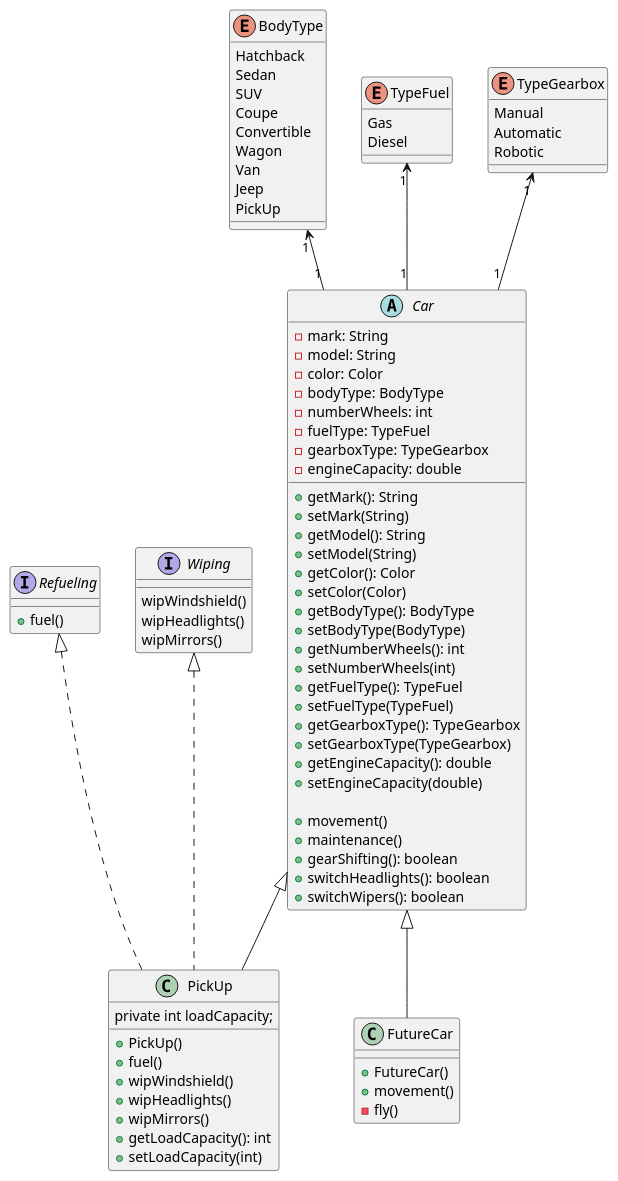
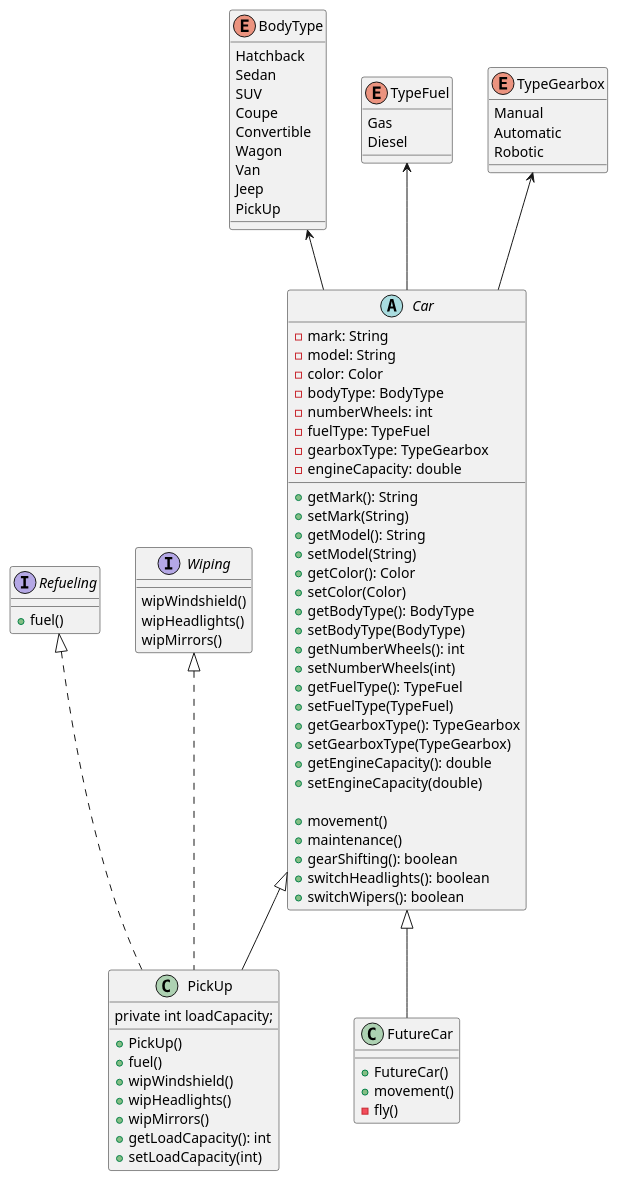
One commit to Demetrius81/Software_architecture changed the diagram in Lesson3/OnSeminar/src/Lesson3diag.puml. Above: the diagram before and after it, drawn with PlantUML. The commit also changed 2 other files, not shown here.

```diff
--- a/Lesson3/OnSeminar/src/Lesson3diag.puml
+++ b/Lesson3/OnSeminar/src/Lesson3diag.puml
@@ -1,90 +1,90 @@
 @startuml
 
 abstract class Car {
     - mark: String
     - model: String
     - color: Color
     - bodyType: BodyType
     - numberWheels: int
     - fuelType: TypeFuel
     - gearboxType: TypeGearbox
     - engineCapacity: double
     + getMark(): String
     + setMark(String)
     + getModel(): String
     + setModel(String)
     + getColor(): Color
     + setColor(Color)
     + getBodyType(): BodyType
     + setBodyType(BodyType)
     + getNumberWheels(): int
     + setNumberWheels(int)
     + getFuelType(): TypeFuel
     + setFuelType(TypeFuel)
     + getGearboxType(): TypeGearbox
     + setGearboxType(TypeGearbox)
     + getEngineCapacity(): double
     + setEngineCapacity(double)
 
     + movement()
     + maintenance()
     + gearShifting(): boolean
     + switchHeadlights(): boolean
     + switchWipers(): boolean
 }
 
 class PickUp extends Car implements Refueling, Wiping {
     private int loadCapacity;
 
     + PickUp()
     + fuel()
     + wipWindshield()
     + wipHeadlights()
     + wipMirrors()
     + getLoadCapacity(): int
     + setLoadCapacity(int)
 }
 
 class FutureCar extends Car {
     + FutureCar()
     + movement()
     - fly()
 }
 
 interface Refueling {
     + fuel()
 }
 
 interface Wiping {
     wipWindshield()
     wipHeadlights()
     wipMirrors()
 }
 
 enum BodyType{
     Hatchback
     Sedan
     SUV
     Coupe
     Convertible
     Wagon
     Van
     Jeep
     PickUp
 }
 
 enum TypeFuel{
     Gas
     Diesel
 }
 
 enum TypeGearbox{
     Manual
     Automatic
     Robotic
 }
 
-TypeFuel "1" <-- "1" Car
-TypeGearbox "1" <-- "1" Car
-BodyType "1" <-- "1" Car
+TypeFuel <-- Car
+TypeGearbox <-- Car
+BodyType <-- Car
 @enduml
```
